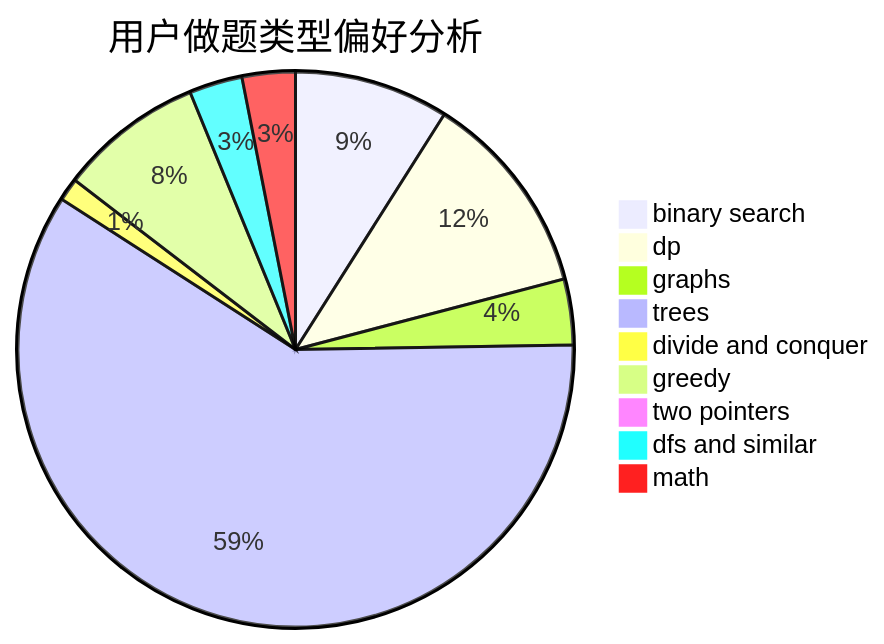
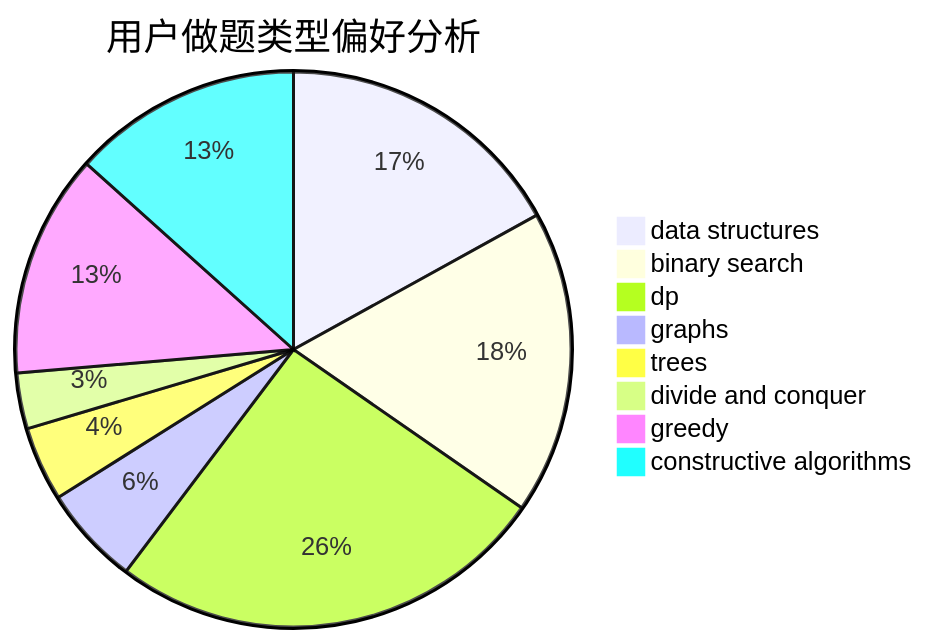
One commit to sherpahu/cfrs.github.io changed the second of 3 diagrams in docs/user/u607.md. Above: the diagram before and after it, drawn with Mermaid. The commit also changed other lines of this file and 2775 other files, not shown here.

````diff
--- a/docs/user/u607.md
+++ b/docs/user/u607.md
@@ -23,12 +23,11 @@
 ```mermaid
 pie title 用户做题类型偏好分析
-    "binary search" :  61
-    "dp" :  81
-    "graphs" :  26
-    "trees" :  403
+    "data structures" :  47
+    "binary search" :  49
+    "dp" :  71
+    "graphs" :  16
+    "trees" :  12
     "divide and conquer" :  9
-    "greedy" :  57
-    "two pointers" :  6
-    "dfs and similar" :  21
-    "math" :  21
+    "greedy" :  36
+    "constructive algorithms" :  37
 ```
````
